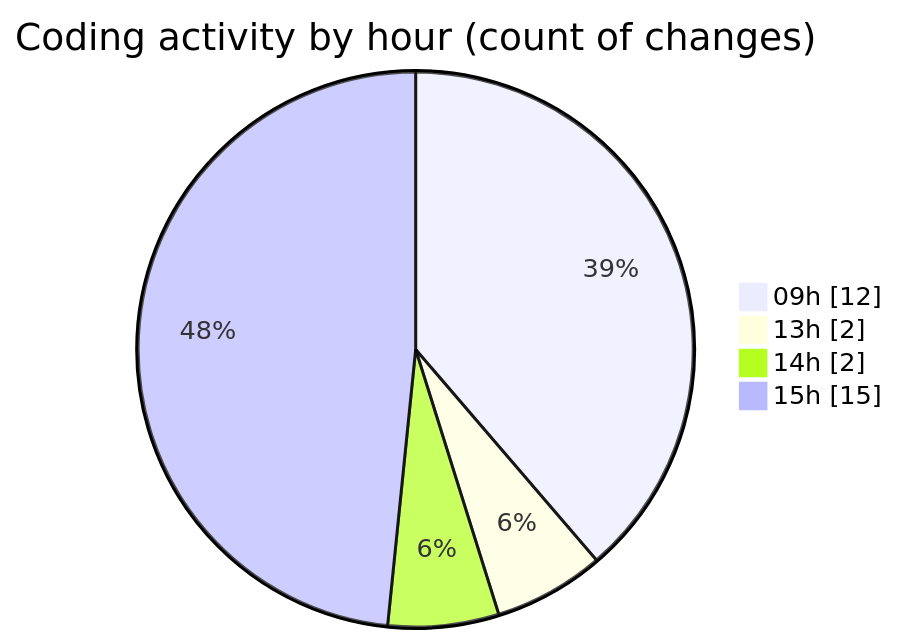
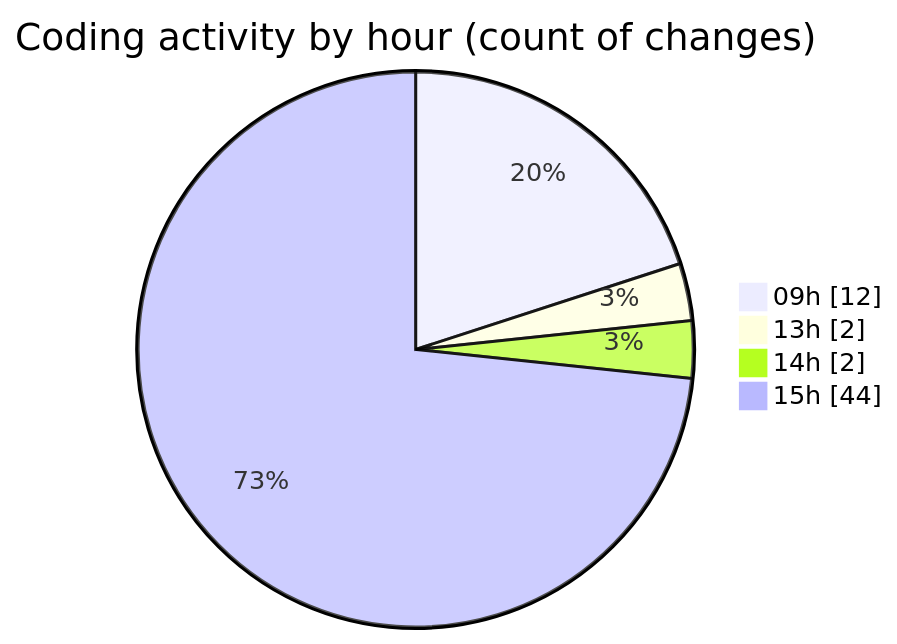
One commit to momahboobian/code-tracking changed the second of 2 diagrams in 2026-11-04/cda/README.md. Above: the diagram before and after it, drawn with Mermaid. The commit also changed other lines of this file and 1 other file, not shown here.

````diff
--- a/2026-11-04/cda/README.md
+++ b/2026-11-04/cda/README.md
@@ -42,8 +46,8 @@
 ```mermaid
 pie showData
 title Coding activity by hour (count of changes)
 "09h" : 12
 "13h" : 2
 "14h" : 2
-"15h" : 15
+"15h" : 44
 ```
````
